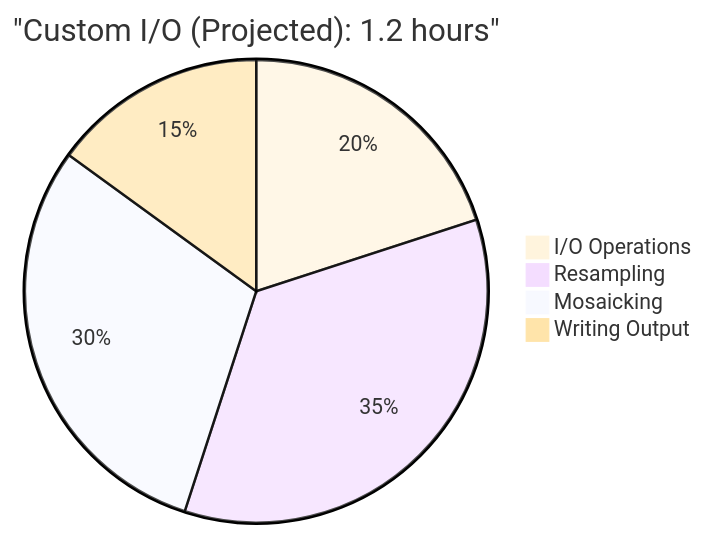
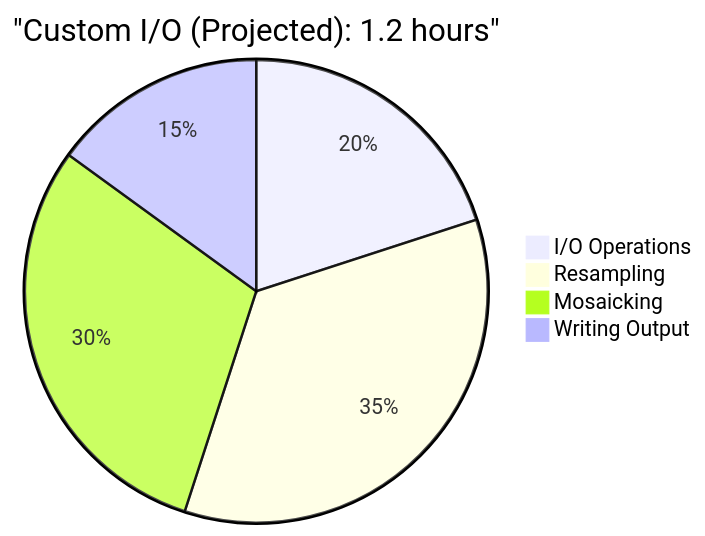
One commit to Anmol-STRS/TerrainBuilderI-0 changed diagram 15 of 18 in docs/overview_diagrams.md. Above: the diagram before and after it, drawn with Mermaid. The commit also changed other lines of this file and 20 other files, not shown here.

````diff
--- a/docs/overview_diagrams.md
+++ b/docs/overview_diagrams.md
@@ -787,8 +749,7 @@
 ```mermaid
-%%{init: {'theme':'base'}}%%
 pie title "Custom I/O (Projected): 1.2 hours"
     "I/O Operations" : 20
     "Resampling" : 35
     "Mosaicking" : 30
     "Writing Output" : 15
 ```
````
